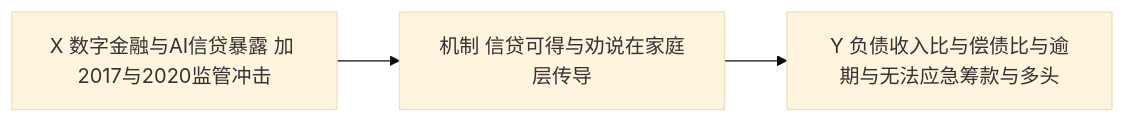
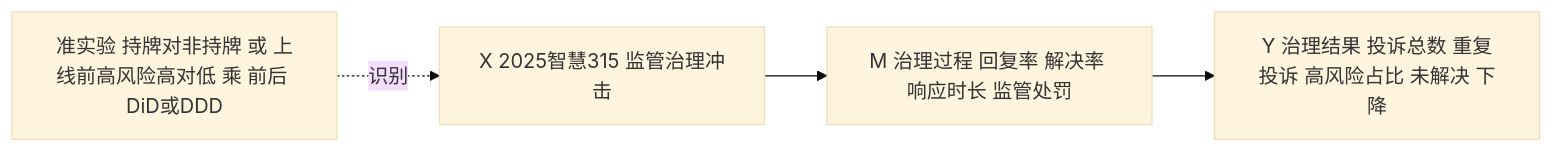
Before and after one commit to qliu2318/claude: the seventh of 8 diagrams in 开题报告_LLM消费信贷_设计稿.md, drawn with Mermaid (base theme). The commit also changed other lines of this file and 2 other files, not shown here.

````diff
--- a/开题报告_LLM消费信贷_设计稿.md
+++ b/开题报告_LLM消费信贷_设计稿.md
@@ -395,5 +399,6 @@
 ```mermaid
 flowchart LR
-  X3[X 数字金融与AI信贷暴露 加 2017与2020监管冲击] --> M3[机制 信贷可得与劝说在家庭层传导]
-  M3 --> Y3[Y 负债收入比与偿债比与逾期与无法应急筹款与多头]
+  DZ[准实验 持牌对非持牌 或 上线前高风险高对低 乘 前后 DiD或DDD] -.识别.-> X3[X 2025智慧315 监管治理冲击]
+  X3 --> M3[M 治理过程 回复率 解决率 响应时长 监管处罚]
+  M3 --> Y3[Y 治理结果 投诉总数 重复投诉 高风险占比 未解决 下降]
 ```
````
